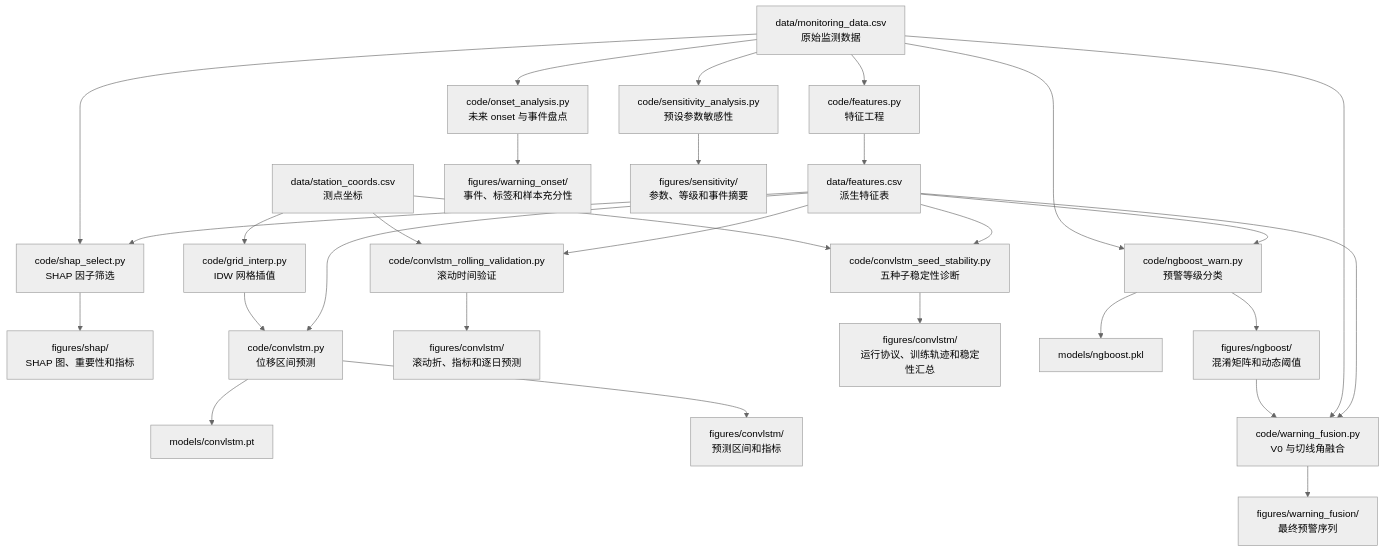
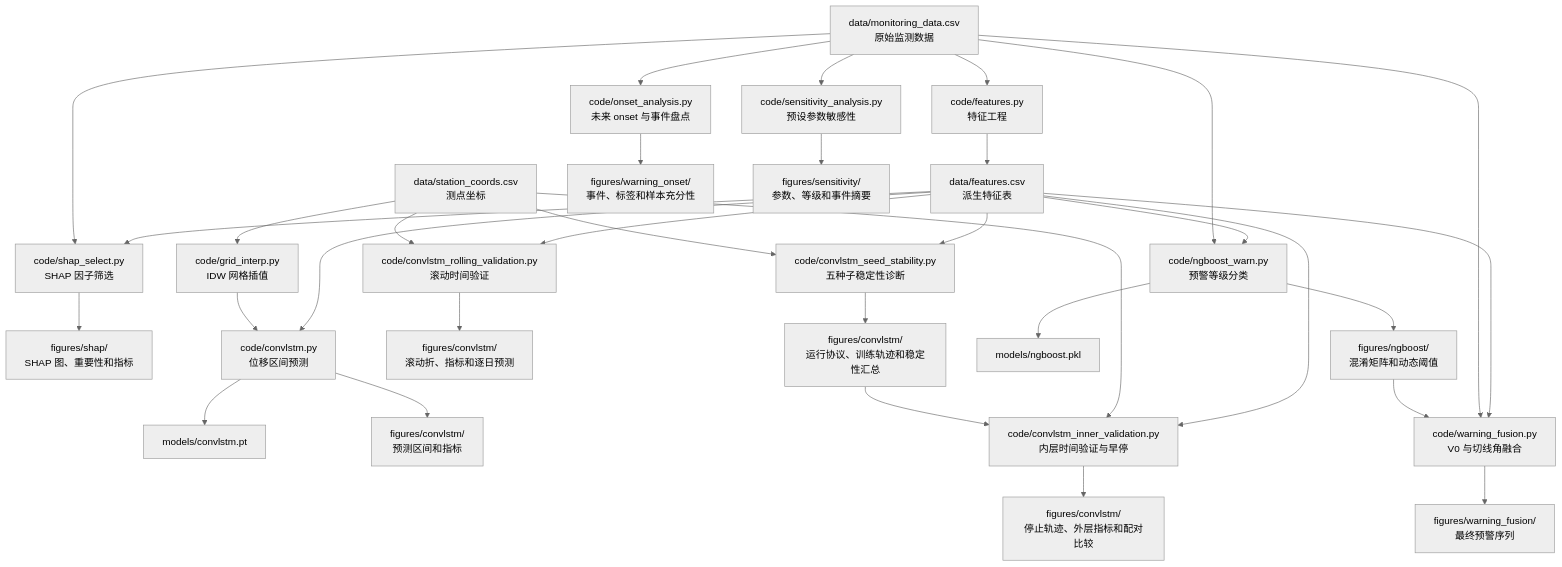
One commit to wcqqq1214/Landslide-Warning changed the diagram in README.md. Above: the diagram before and after it, drawn with Mermaid (neutral theme). The commit also changed other lines of this file and 9 other files, not shown here.

````diff
--- a/README.md
+++ b/README.md
@@ -160,31 +169,35 @@
 ```mermaid
 flowchart TD
     A["data/monitoring_data.csv<br/>原始监测数据"] --> B["code/features.py<br/>特征工程"]
     B --> C["data/features.csv<br/>派生特征表"]
     C --> D["code/shap_select.py<br/>SHAP 因子筛选"]
     A --> D
     D --> E["figures/shap/<br/>SHAP 图、重要性和指标"]
     C --> F["code/convlstm.py<br/>位移区间预测"]
     G["data/station_coords.csv<br/>测点坐标"] --> H["code/grid_interp.py<br/>IDW 网格插值"]
     H --> F
     F --> I["models/convlstm.pt"]
     F --> J["figures/convlstm/<br/>预测区间和指标"]
     C --> T["code/convlstm_rolling_validation.py<br/>滚动时间验证"]
     G --> T
     T --> U["figures/convlstm/<br/>滚动折、指标和逐日预测"]
     C --> V["code/convlstm_seed_stability.py<br/>五种子稳定性诊断"]
     G --> V
     V --> W["figures/convlstm/<br/>运行协议、训练轨迹和稳定性汇总"]
+    C --> X["code/convlstm_inner_validation.py<br/>内层时间验证与早停"]
+    G --> X
+    W --> X
+    X --> Y["figures/convlstm/<br/>停止轨迹、外层指标和配对比较"]
     C --> K["code/ngboost_warn.py<br/>预警等级分类"]
     A --> K
     K --> L["models/ngboost.pkl"]
     K --> M["figures/ngboost/<br/>混淆矩阵和动态阈值"]
     C --> N["code/warning_fusion.py<br/>V0 与切线角融合"]
     A --> N
     M --> N
     N --> O["figures/warning_fusion/<br/>最终预警序列"]
     A --> P["code/onset_analysis.py<br/>未来 onset 与事件盘点"]
     P --> Q["figures/warning_onset/<br/>事件、标签和样本充分性"]
     A --> R["code/sensitivity_analysis.py<br/>预设参数敏感性"]
     R --> S["figures/sensitivity/<br/>参数、等级和事件摘要"]
 ```
````
